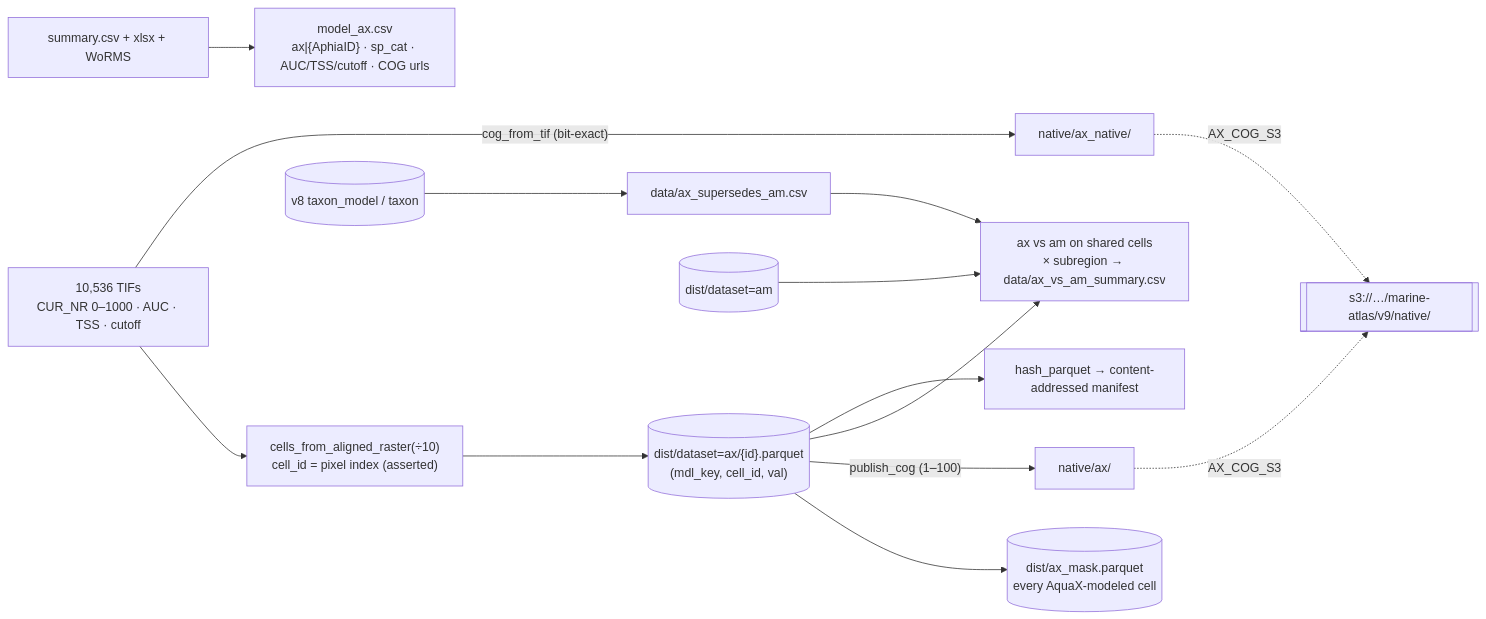
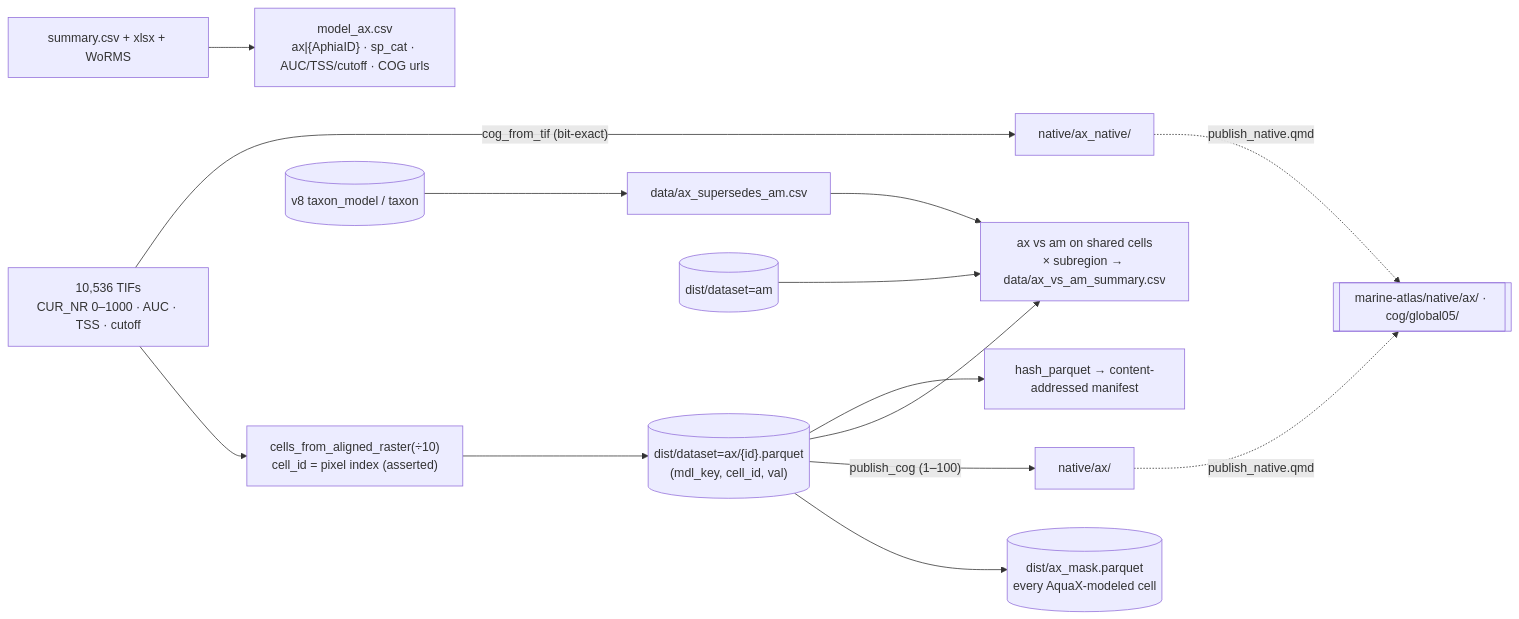
One commit to MarineSensitivity/workflows changed the diagram in ingest_aquax.qmd. Above: the diagram before and after it, drawn with Mermaid. The commit also changed other lines of this file and 3 other files, not shown here.

First line of the commit message:
asset store M5: publish_native.qmd writes only to the store; store_publish_gate before any pointer; AX_COG_S3 retired

````diff
--- a/ingest_aquax.qmd
+++ b/ingest_aquax.qmd
@@ -67,15 +68,15 @@
 ```{mermaid}
 %%| label: fig-design
 %%| fig-cap: "AquaX TIFs (already on the grid) → per-model Parquet by pixel position + the AquaX mask; two COG representations; the AquaMaps models it supersedes, and how different they are"
 flowchart LR
   tif["10,536 TIFs<br/>CUR_NR 0–1000 · AUC · TSS · cutoff"] --> pos["cells_from_aligned_raster(÷10)<br/>cell_id = pixel index (asserted)"]
   pos --> pq[("dist/dataset=ax/{id}.parquet<br/>(mdl_key, cell_id, val)")]
   pq --> mask[("dist/ax_mask.parquet<br/>every AquaX-modeled cell")]
   tif -->|"cog_from_tif (bit-exact)"| cogn["native/ax_native/"]
   pq -->|"publish_cog (1–100)"| cogm["native/ax/"]
-  cogn & cogm -.->|"AX_COG_S3"| s3[["s3://…/marine-atlas/v9/native/"]]
+  cogn & cogm -.->|"publish_native.qmd"| s3[["marine-atlas/native/ax/ · cog/global05/"]]
   xw["summary.csv + xlsx + WoRMS"] --> csv["model_ax.csv<br/>ax|{AphiaID} · sp_cat · AUC/TSS/cutoff · COG urls"]
   v8[("v8 taxon_model / taxon")] --> sup["data/ax_supersedes_am.csv"]
   pq & am[("dist/dataset=am")] & sup --> cmp["ax vs am on shared cells<br/>× subregion → data/ax_vs_am_summary.csv"]
   pq --> mf["hash_parquet → content-addressed manifest"]
 ```
````
